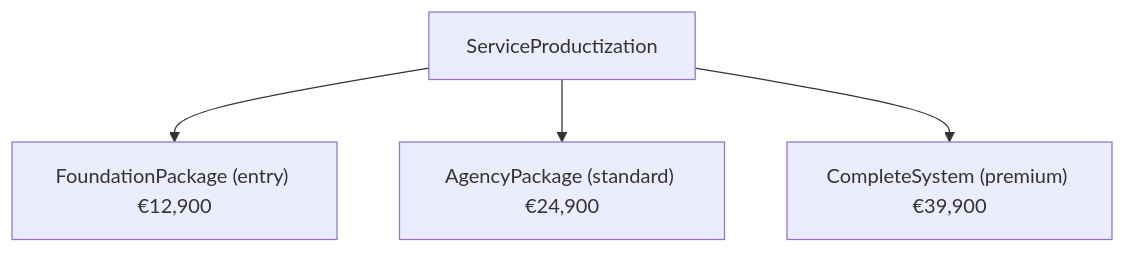
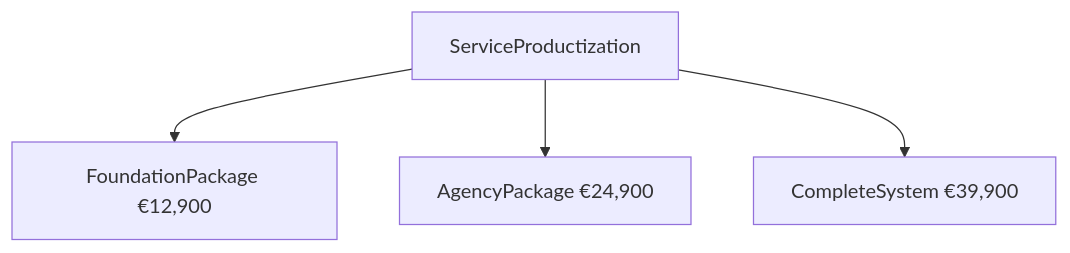
Before and after one commit to celvaron/celvaron-csl: the fourth of 5 diagrams in agent-guidelines/output-formats.md, drawn with Mermaid. The commit also changed other lines of this file and 5 other files, not shown here.

First line of the commit message:
Fix spec/example inconsistencies and update Mermaid node naming

````diff
--- a/agent-guidelines/output-formats.md
+++ b/agent-guidelines/output-formats.md
@@ -173,11 +173,11 @@
 ```mermaid
 graph TD
-    offering_ServiceProductization["ServiceProductization"]
-    pkg_Foundation["FoundationPackage (entry) €12,900"]
-    pkg_Agency["AgencyPackage (standard) €24,900"]
-    pkg_Complete["CompleteSystem (premium) €39,900"]
+    ServiceProductization["ServiceProductization"]
+    FoundationPackage["FoundationPackage €12,900"]
+    AgencyPackage["AgencyPackage €24,900"]
+    CompleteSystem["CompleteSystem €39,900"]
 
-    offering_ServiceProductization --> pkg_Foundation
-    offering_ServiceProductization --> pkg_Agency
-    offering_ServiceProductization --> pkg_Complete
+    ServiceProductization --> FoundationPackage
+    ServiceProductization --> AgencyPackage
+    ServiceProductization --> CompleteSystem
 ```
````
